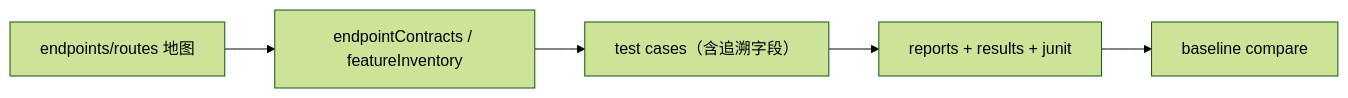
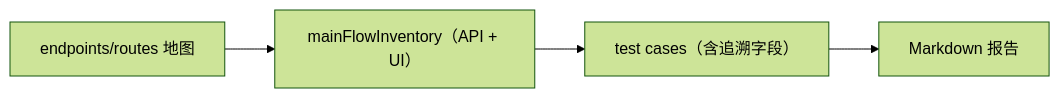
One commit to MakaCove/ai-test-pipeline changed the second of 2 diagrams in 架构与流程.md. Above: the diagram before and after it, drawn with Mermaid (forest theme). The commit also changed other lines of this file and 74 other files, not shown here.

````diff
--- a/架构与流程.md
+++ b/架构与流程.md
@@ -151,10 +121,9 @@
 ```mermaid
 flowchart LR
     E["endpoints/routes 地图"]
-    C["endpointContracts / featureInventory"]
+    C["mainFlowInventory（API + UI）"]
     T["test cases（含追溯字段）"]
-    R["reports + results + junit"]
-    B["baseline compare"]
+    R["Markdown 报告"]
 
-    E --> C --> T --> R --> B
+    E --> C --> T --> R
 ```
````
